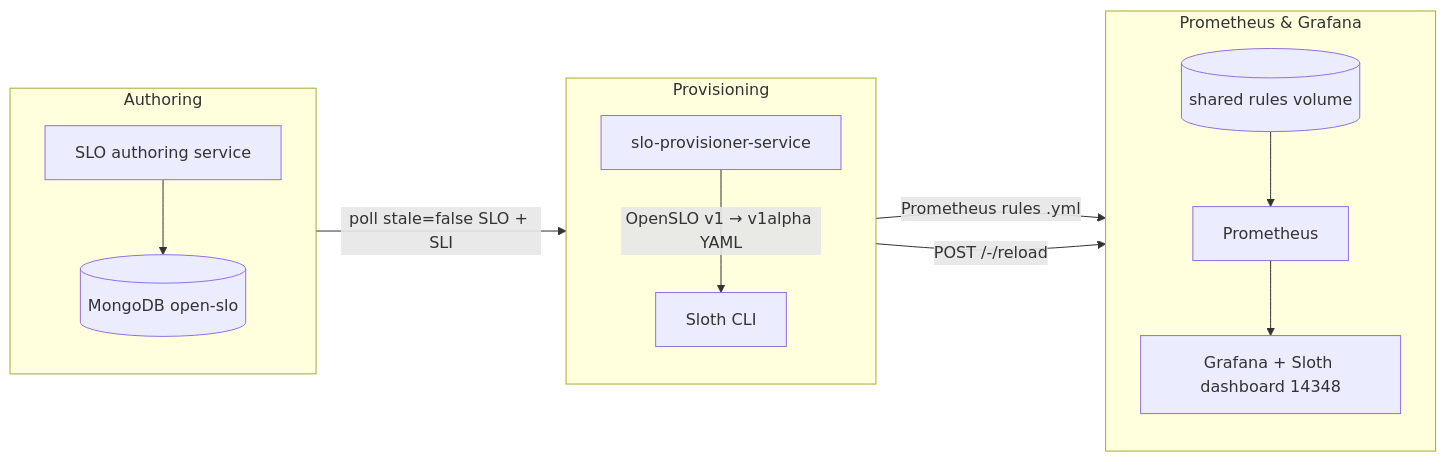
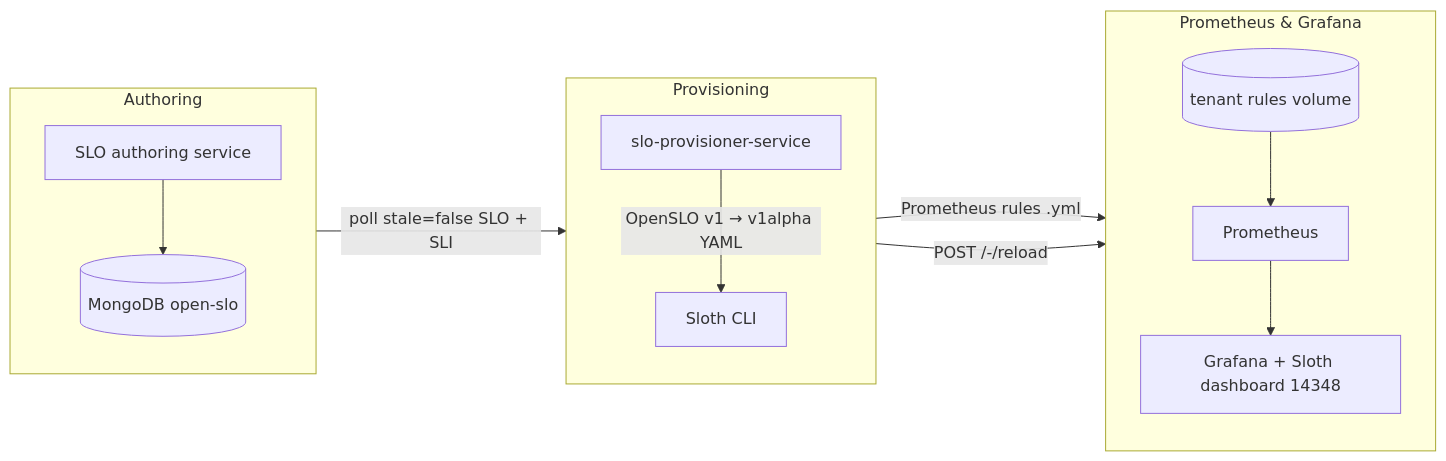
Before and after one commit to sanjuthomas/observability-mesh: the third of 3 diagrams in README.md, drawn with Mermaid. The commit also changed other lines of this file, not shown here.

First line of the commit message:
Clarify tenant-local Prometheus rules volume in README.

````diff
--- a/README.md
+++ b/README.md
@@ -102,29 +102,29 @@
 ```mermaid
 flowchart LR
     subgraph Authoring[Authoring]
         direction TB
         SloAuth[SLO authoring service]
         Mongo[(MongoDB open-slo)]
     end
 
     subgraph Provisioning[Provisioning]
         direction TB
         Prov[slo-provisioner-service]
         Sloth[Sloth CLI]
     end
 
     subgraph Metrics[Prometheus & Grafana]
         direction TB        
         Grafana[Grafana + Sloth dashboard 14348]
         Prom[Prometheus]
-        Rules[(shared rules volume)]
+        Rules[(tenant rules volume)]
     end
 
     SloAuth --> Mongo
     Mongo -->|poll stale=false SLO + SLI| Prov
     Prov -->|OpenSLO v1 → v1alpha YAML| Sloth
     Sloth -->|Prometheus rules .yml| Rules
     Rules --> Prom
     Prov -->|POST /-/reload| Prom
     Prom --> Grafana
 ```
````
